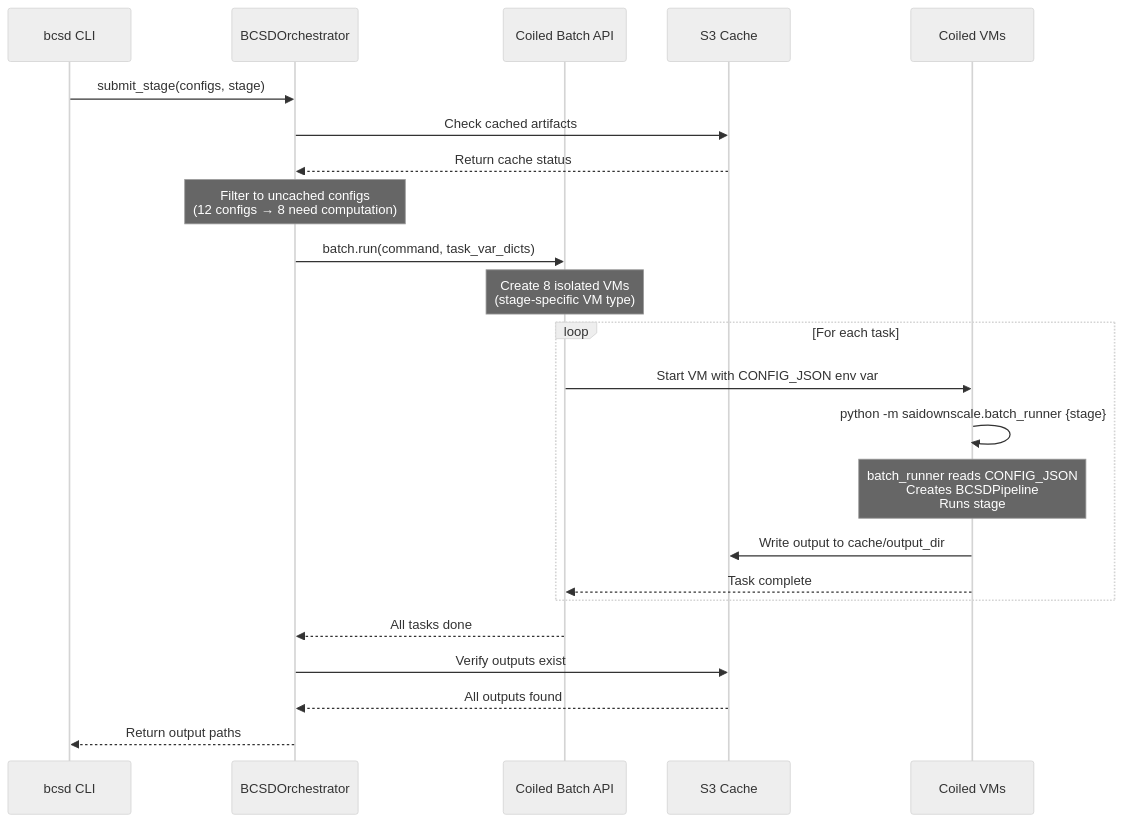
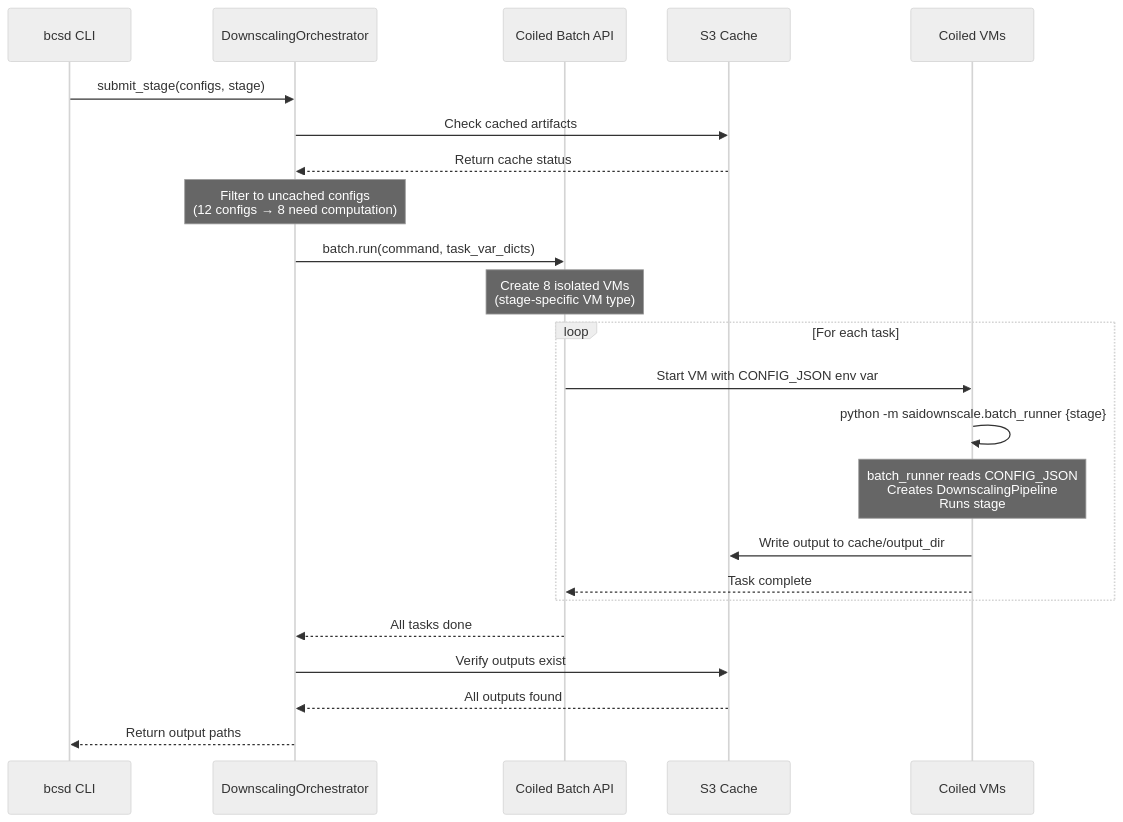
One commit to carbonplan/sai-downscaling changed the second of 3 diagrams in docs/explanation/pipeline-architecture.md. Above: the diagram before and after it, drawn with Mermaid (neutral theme). The commit also changed other lines of this file and 50 other files, not shown here.

Commit message:
rename bcsd config classes to downscaling

````diff
--- a/docs/explanation/pipeline-architecture.md
+++ b/docs/explanation/pipeline-architecture.md
@@ -205,30 +205,30 @@
 ```mermaid
 sequenceDiagram
     participant CLI as bcsd CLI
-    participant Orch as BCSDOrchestrator
+    participant Orch as DownscalingOrchestrator
     participant Coiled as Coiled Batch API
     participant S3 as S3 Cache
     participant VM as Coiled VMs
     
     CLI->>Orch: submit_stage(configs, stage)
     Orch->>S3: Check cached artifacts
     S3-->>Orch: Return cache status
     
     Note over Orch: Filter to uncached configs<br/>(12 configs → 8 need computation)
     
     Orch->>Coiled: batch.run(command, task_var_dicts)
     Note over Coiled: Create 8 isolated VMs<br/>(stage-specific VM type)
     
     loop For each task
         Coiled->>VM: Start VM with CONFIG_JSON env var
         VM->>VM: python -m saidownscale.batch_runner {stage}
-        Note over VM: batch_runner reads CONFIG_JSON<br/>Creates BCSDPipeline<br/>Runs stage
+        Note over VM: batch_runner reads CONFIG_JSON<br/>Creates DownscalingPipeline<br/>Runs stage
         VM->>S3: Write output to cache/output_dir
         VM-->>Coiled: Task complete
     end
     
     Coiled-->>Orch: All tasks done
     Orch->>S3: Verify outputs exist
     S3-->>Orch: All outputs found
     Orch-->>CLI: Return output paths
 ```
````
